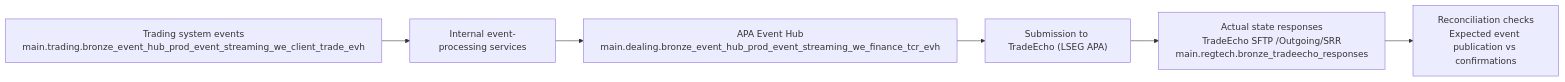
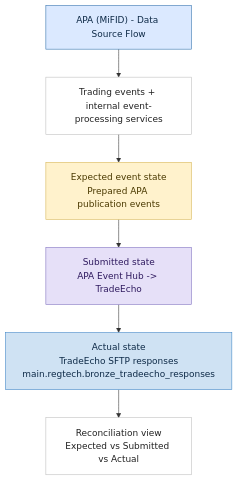
The diagram in docs/reporting-model-apa-data-sources.md (valentinosko-hub/RegTech), drawn with Mermaid before and after one commit. The commit also changed other lines of this file and 15 other files, not shown here.

Commit message:
Style per-model diagrams with title and state colors

````diff
--- a/docs/reporting-model-apa-data-sources.md
+++ b/docs/reporting-model-apa-data-sources.md
@@ -3,8 +3,24 @@
 ```mermaid
-flowchart LR
-  TS["Trading system events<br/>main.trading.bronze_event_hub_prod_event_streaming_we_client_trade_evh"] --> PROC["Internal event-processing services"]
-  PROC --> APAHUB["APA Event Hub<br/>main.dealing.bronze_event_hub_prod_event_streaming_we_finance_tcr_evh"]
-  APAHUB --> SUB["Submission to TradeEcho (LSEG APA)"]
-  SUB --> RESP["Actual state responses<br/>TradeEcho SFTP /Outgoing/SRR<br/>main.regtech.bronze_tradeecho_responses"]
-  RESP --> RECON["Reconciliation checks<br/>Expected event publication vs confirmations"]
+flowchart TB
+  T["APA (MiFID) - Data Source Flow"]
+  SRC["Trading events + internal event-processing services"]
+  E["Expected event state<br/>Prepared APA publication events"]
+  SUB["Submitted state<br/>APA Event Hub -> TradeEcho"]
+  ACT["Actual state<br/>TradeEcho SFTP responses<br/>main.regtech.bronze_tradeecho_responses"]
+  R["Reconciliation view<br/>Expected vs Submitted vs Actual"]
+
+  T --> SRC
+  SRC --> E --> SUB --> ACT --> R
+
+  classDef title fill:#dbe9ff,stroke:#2f6fab,color:#0e2a47,fontStyle:bold,fontSize:14;
+  classDef expected fill:#fff2cc,stroke:#d6b656,color:#4a3900;
+  classDef submitted fill:#e6e0f8,stroke:#7f70bf,color:#2f1a5f;
+  classDef actual fill:#cfe2f3,stroke:#3d85c6,color:#0e2a47;
+  classDef neutral fill:#ffffff,stroke:#bdbdbd,color:#222;
+
+  class T title;
+  class E expected;
+  class SUB submitted;
+  class ACT actual;
+  class SRC,R neutral;
 ```
````
